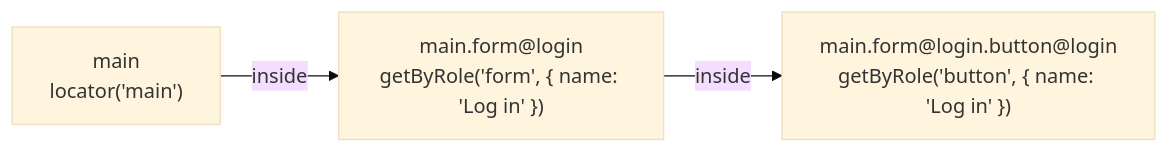
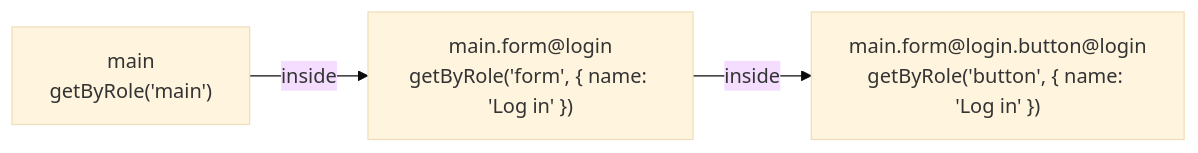
The diagram in website/src/content/docs/docs/resolving-locators.md (DyHex/POMWright), drawn with Mermaid (base theme) before and after one commit. The commit also changed other lines of this file and 66 other files, not shown here.

First line of the commit message:
docs: register the main landmark by its role, getByRole("main"), across the repository

````diff
--- a/website/src/content/docs/docs/resolving-locators.md
+++ b/website/src/content/docs/docs/resolving-locators.md
@@ -71,5 +71,5 @@
 ```mermaid
 flowchart LR
-  main["main<br/>locator('main')"] -->|inside| form["main.form@login<br/>getByRole('form', { name: 'Log in' })"]
+  main["main<br/>getByRole('main')"] -->|inside| form["main.form@login<br/>getByRole('form', { name: 'Log in' })"]
   form -->|inside| submit["main.form@login.button@login<br/>getByRole('button', { name: 'Log in' })"]
 ```
````
